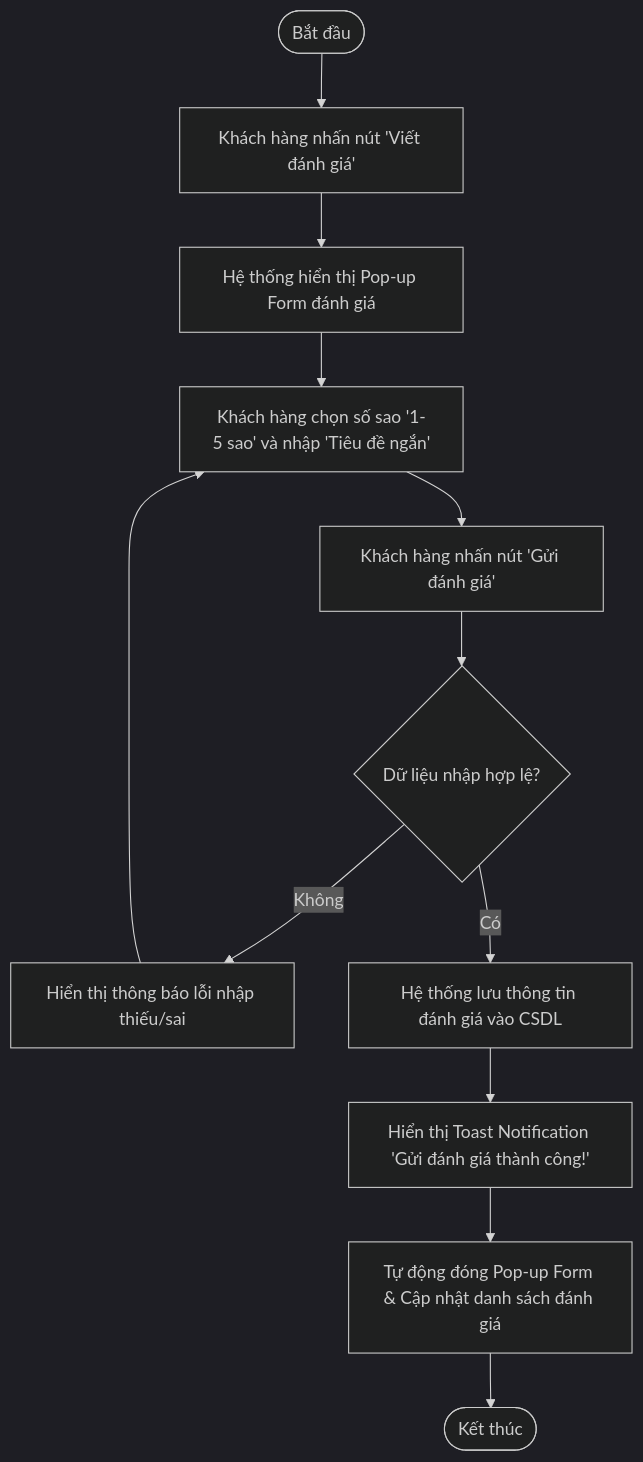
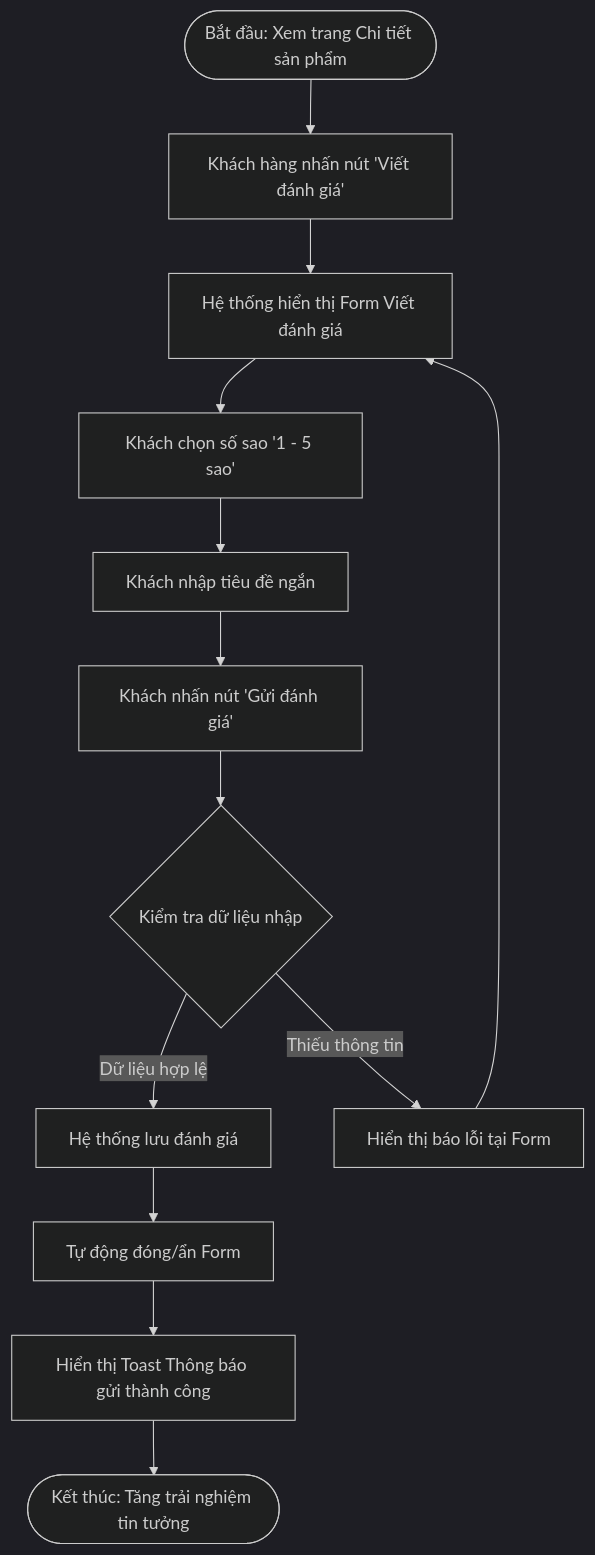
One commit to IT105-K25-Phan-tich-thi-t-k-h-th-ng/bt1ss14 changed the diagram in README.md. Above: the diagram before and after it, drawn with Mermaid (dark theme). The commit also changed other lines of this file, not shown here.

Commit message:
update README with diagram and report

````diff
--- a/README.md
+++ b/README.md
@@ -12,13 +12,14 @@
 ```mermaid
 graph TD
-  Start([Bắt đầu]) --> ClickWrite[Khách hàng nhấn nút 'Viết đánh giá']
-  ClickWrite --> ShowForm[Hệ thống hiển thị Pop-up Form đánh giá]
-  ShowForm --> InputData[Khách hàng chọn số sao '1-5 sao' và nhập 'Tiêu đề ngắn']
-  InputData --> ClickSubmit[Khách hàng nhấn nút 'Gửi đánh giá']
-  ClickSubmit --> CheckValid{Dữ liệu nhập hợp lệ?}
-  CheckValid -- Không --> ShowError[Hiển thị thông báo lỗi nhập thiếu/sai] --> InputData
-  CheckValid -- Có --> SaveData[Hệ thống lưu thông tin đánh giá vào CSDL]
-  SaveData --> ShowToast[Hiển thị Toast Notification 'Gửi đánh giá thành công!']
-  ShowToast --> CloseForm[Tự động đóng Pop-up Form & Cập nhật danh sách đánh giá]
-  CloseForm --> EndSuccess([Kết thúc])
+  Start([Bắt đầu: Xem trang Chi tiết sản phẩm]) --> ClickBtn[Khách hàng nhấn nút 'Viết đánh giá']
+  ClickBtn --> OpenForm[Hệ thống hiển thị Form Viết đánh giá]
+  OpenForm --> SelectStar[Khách chọn số sao '1 - 5 sao']
+  SelectStar --> EnterTitle[Khách nhập tiêu đề ngắn]
+  EnterTitle --> ClickSubmit[Khách nhấn nút 'Gửi đánh giá']
+  ClickSubmit --> Validate{Kiểm tra dữ liệu nhập}
+  Validate -- Dữ liệu hợp lệ --> SaveData[Hệ thống lưu đánh giá]
+  Validate -- Thiếu thông tin --> ShowErr[Hiển thị báo lỗi tại Form] --> OpenForm
+  SaveData --> CloseForm[Tự động đóng/ẩn Form]
+  CloseForm --> ShowFeedback[Hiển thị Toast Thông báo gửi thành công]
+  ShowFeedback --> End([Kết thúc: Tăng trải nghiệm tin tưởng])
 ```
````
